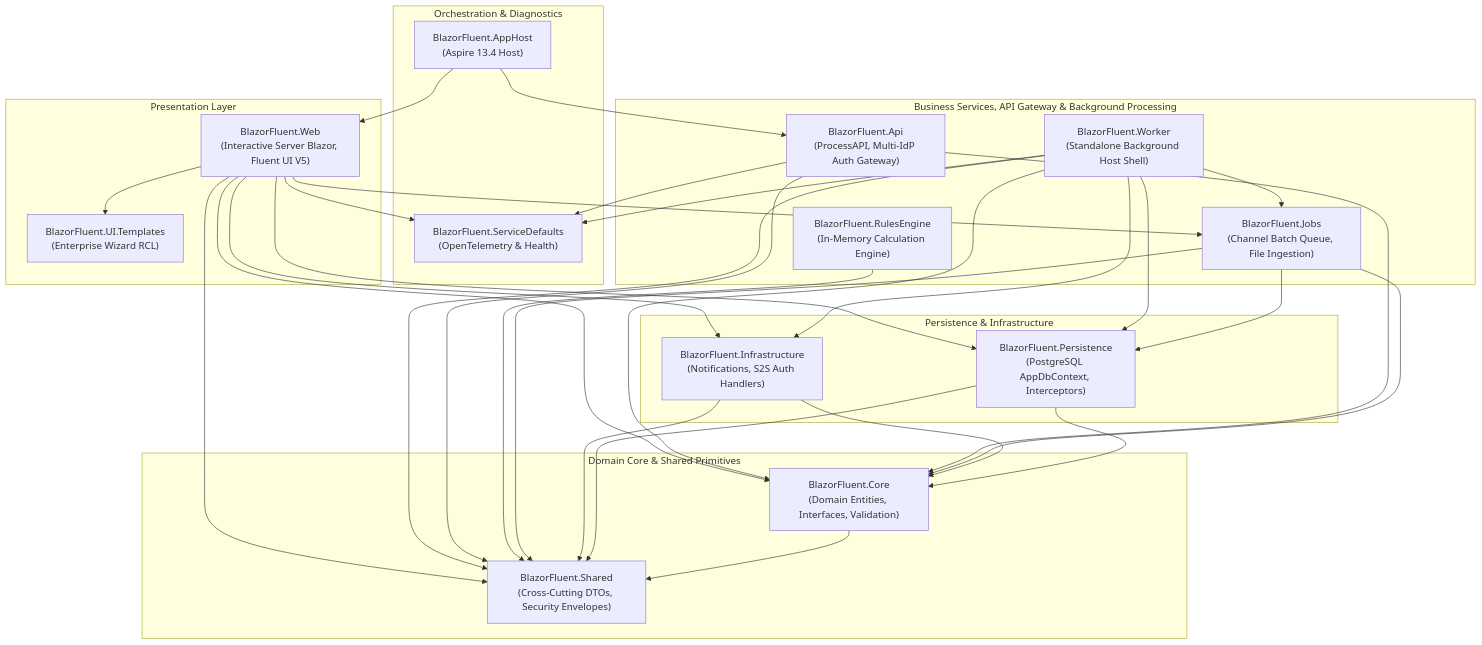
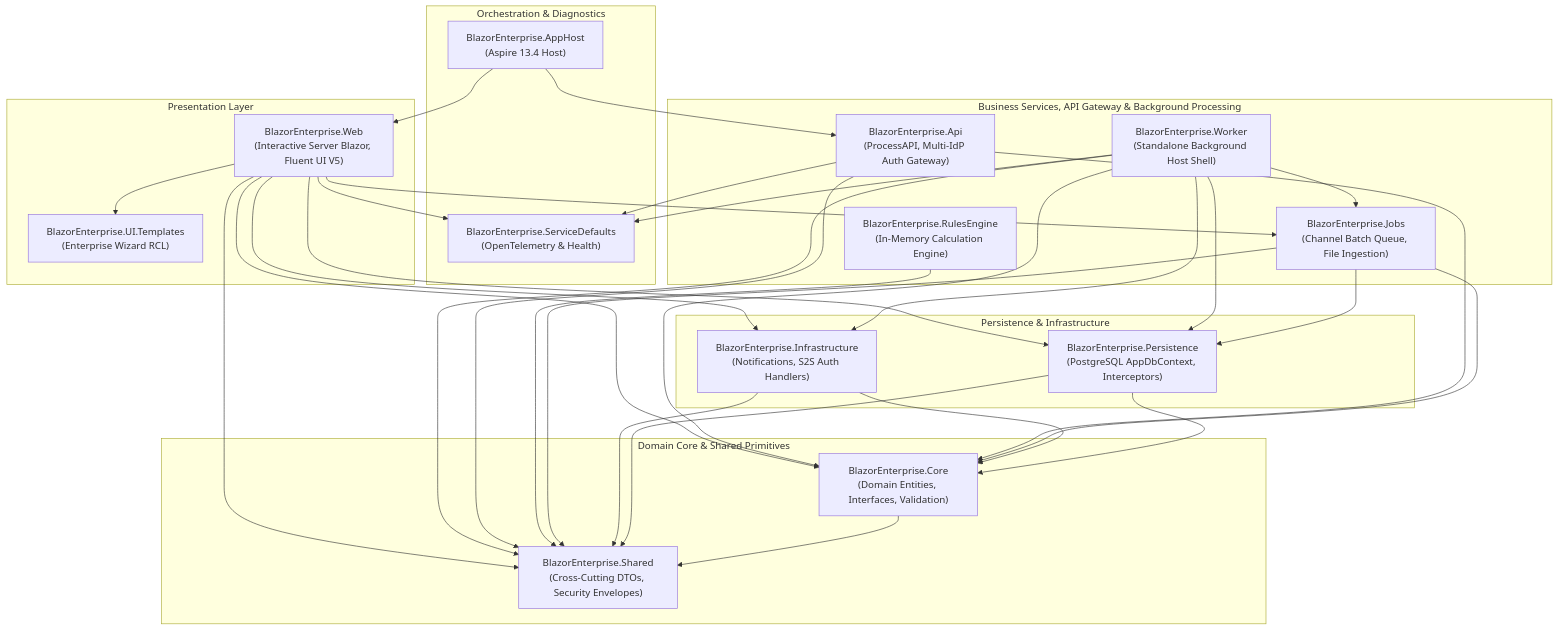
The first of 3 diagrams in README.md (cheriansk/blazor-fluent), drawn with Mermaid before and after one commit. The commit also changed other lines of this file and 1219 other files, not shown here.

````diff
--- a/README.md
+++ b/README.md
@@ -38,57 +38,57 @@
 ```mermaid
 flowchart TD
     subgraph Orchestration ["Orchestration & Diagnostics"]
-        AppHost["BlazorFluent.AppHost\n(Aspire 13.4 Host)"]
-        Defaults["BlazorFluent.ServiceDefaults\n(OpenTelemetry & Health)"]
+        AppHost["BlazorEnterprise.AppHost\n(Aspire 13.4 Host)"]
+        Defaults["BlazorEnterprise.ServiceDefaults\n(OpenTelemetry & Health)"]
     end
 
     subgraph Presentation ["Presentation Layer"]
-        Web["BlazorFluent.Web\n(Interactive Server Blazor, Fluent UI V5)"]
-        Templates["BlazorFluent.UI.Templates\n(Enterprise Wizard RCL)"]
+        Web["BlazorEnterprise.Web\n(Interactive Server Blazor, Fluent UI V5)"]
+        Templates["BlazorEnterprise.UI.Templates\n(Enterprise Wizard RCL)"]
     end
 
     subgraph BusinessAndApi ["Business Services, API Gateway & Background Processing"]
-        Api["BlazorFluent.Api\n(ProcessAPI, Multi-IdP Auth Gateway)"]
-        Rules["BlazorFluent.RulesEngine\n(In-Memory Calculation Engine)"]
-        Jobs["BlazorFluent.Jobs\n(Channel Batch Queue, File Ingestion)"]
-        Worker["BlazorFluent.Worker\n(Standalone Background Host Shell)"]
+        Api["BlazorEnterprise.Api\n(ProcessAPI, Multi-IdP Auth Gateway)"]
+        Rules["BlazorEnterprise.RulesEngine\n(In-Memory Calculation Engine)"]
+        Jobs["BlazorEnterprise.Jobs\n(Channel Batch Queue, File Ingestion)"]
+        Worker["BlazorEnterprise.Worker\n(Standalone Background Host Shell)"]
     end
 
     subgraph DataAndInfra ["Persistence & Infrastructure"]
-        Infra["BlazorFluent.Infrastructure\n(Notifications, S2S Auth Handlers)"]
-        Persist["BlazorFluent.Persistence\n(PostgreSQL AppDbContext, Interceptors)"]
+        Infra["BlazorEnterprise.Infrastructure\n(Notifications, S2S Auth Handlers)"]
+        Persist["BlazorEnterprise.Persistence\n(PostgreSQL AppDbContext, Interceptors)"]
     end
 
     subgraph CoreRing ["Domain Core & Shared Primitives"]
-        Core["BlazorFluent.Core\n(Domain Entities, Interfaces, Validation)"]
-        Shared["BlazorFluent.Shared\n(Cross-Cutting DTOs, Security Envelopes)"]
+        Core["BlazorEnterprise.Core\n(Domain Entities, Interfaces, Validation)"]
+        Shared["BlazorEnterprise.Shared\n(Cross-Cutting DTOs, Security Envelopes)"]
     end
 
     AppHost --> Web
     AppHost --> Api
     Web --> Defaults
     Api --> Defaults
     Worker --> Defaults
     Web --> Templates
     Web --> Jobs
     Web --> Infra
     Web --> Persist
     Web --> Core
     Web --> Shared
     Worker --> Jobs
     Worker --> Persist
     Worker --> Infra
     Worker --> Core
     Worker --> Shared
     Api --> Core
     Api --> Shared
     Rules --> Shared
     Jobs --> Persist
     Jobs --> Core
     Jobs --> Shared
     Infra --> Core
     Infra --> Shared
     Persist --> Core
     Persist --> Shared
     Core --> Shared
 ```
````
